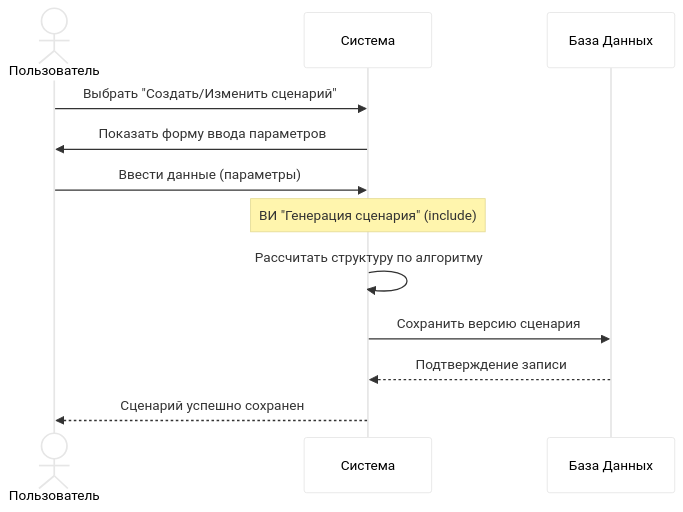
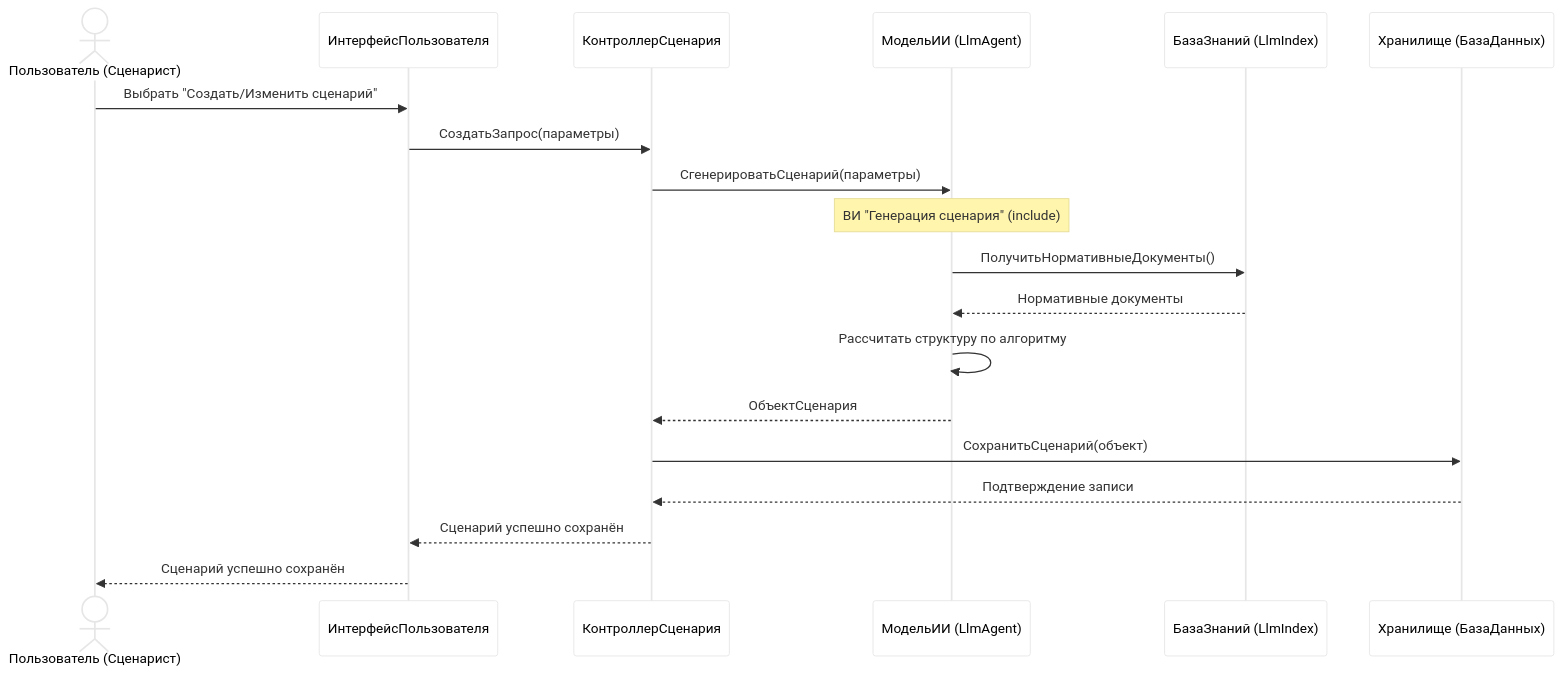
Before and after one commit to CHSU-scenarAIst/diagrammy: the first of 3 diagrams in Диаграмма последовательностей взаимодействия объектов классов.md, drawn with Mermaid. The commit also changed other lines of this file and 3 other files, not shown here.

````diff
--- a/Диаграмма последовательностей взаимодействия объектов классов.md
+++ b/Диаграмма последовательностей взаимодействия объектов классов.md
@@ -4,19 +3,26 @@
 ```mermaid
 %%{init: {'theme': 'base', 'themeVariables': { 'primaryColor': '#fff', 'edgeColor': '#000', 'lineColor': '#000', 'actorTextColor': '#000'}}}%%
 sequenceDiagram
-    actor User as Пользователь
-    participant System as Система
-    participant DB as База Данных
+    actor User as Пользователь (Сценарист)
+    participant UI as ИнтерфейсПользователя
+    participant Controller as КонтроллерСценария
+    participant AI as МодельИИ (LlmAgent)
+    participant KB as БазаЗнаний (LlmIndex)
+    participant Storage as Хранилище (БазаДанных)
 
-    User->>System: Выбрать "Создать/Изменить сценарий"
-    System->>User: Показать форму ввода параметров
-    User->>System: Ввести данные (параметры)
+    User->>UI: Выбрать "Создать/Изменить сценарий"
+    UI->>Controller: СоздатьЗапрос(параметры)
+    Controller->>AI: СгенерироватьСценарий(параметры)
     
-    Note over System: ВИ "Генерация сценария" (include)
-    System->>System: Рассчитать структуру по алгоритму
+    Note over AI: ВИ "Генерация сценария" (include)
+    AI->>KB: ПолучитьНормативныеДокументы()
+    KB-->>AI: Нормативные документы
+    AI->>AI: Рассчитать структуру по алгоритму
+    AI-->>Controller: ОбъектСценария
     
-    System->>DB: Сохранить версию сценария
-    DB-->>System: Подтверждение записи
-    System-->>User: Сценарий успешно сохранен
+    Controller->>Storage: СохранитьСценарий(объект)
+    Storage-->>Controller: Подтверждение записи
+    Controller-->>UI: Сценарий успешно сохранён
+    UI-->>User: Сценарий успешно сохранён
 
 ```
````
